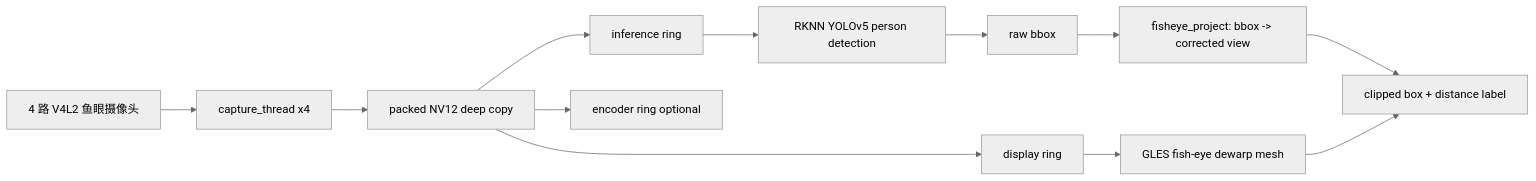
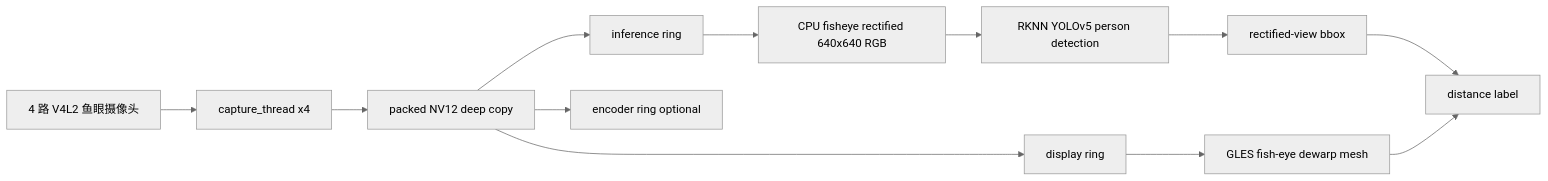
Before and after one commit to RRNLab0819/rk3568_video: the diagram in README.md, drawn with Mermaid (neutral theme). The commit also changed other lines of this file and 5 other files, not shown here.

````diff
--- a/README.md
+++ b/README.md
@@ -98,14 +102,14 @@
 ```mermaid
 flowchart LR
     A["4 路 V4L2 鱼眼摄像头"] --> B["capture_thread x4"]
     B --> C["packed NV12 deep copy"]
     C --> D["display ring"]
     C --> E["inference ring"]
     C --> F["encoder ring optional"]
     D --> G["GLES fish-eye dewarp mesh"]
-    E --> H["RKNN YOLOv5 person detection"]
-    H --> I["raw bbox"]
-    I --> J["fisheye_project: bbox -> corrected view"]
-    J --> K["clipped box + distance label"]
+    E --> H["CPU fisheye rectified 640x640 RGB"]
+    H --> I["RKNN YOLOv5 person detection"]
+    I --> J["rectified-view bbox"]
+    J --> K["distance label"]
     G --> K
 ```
````
